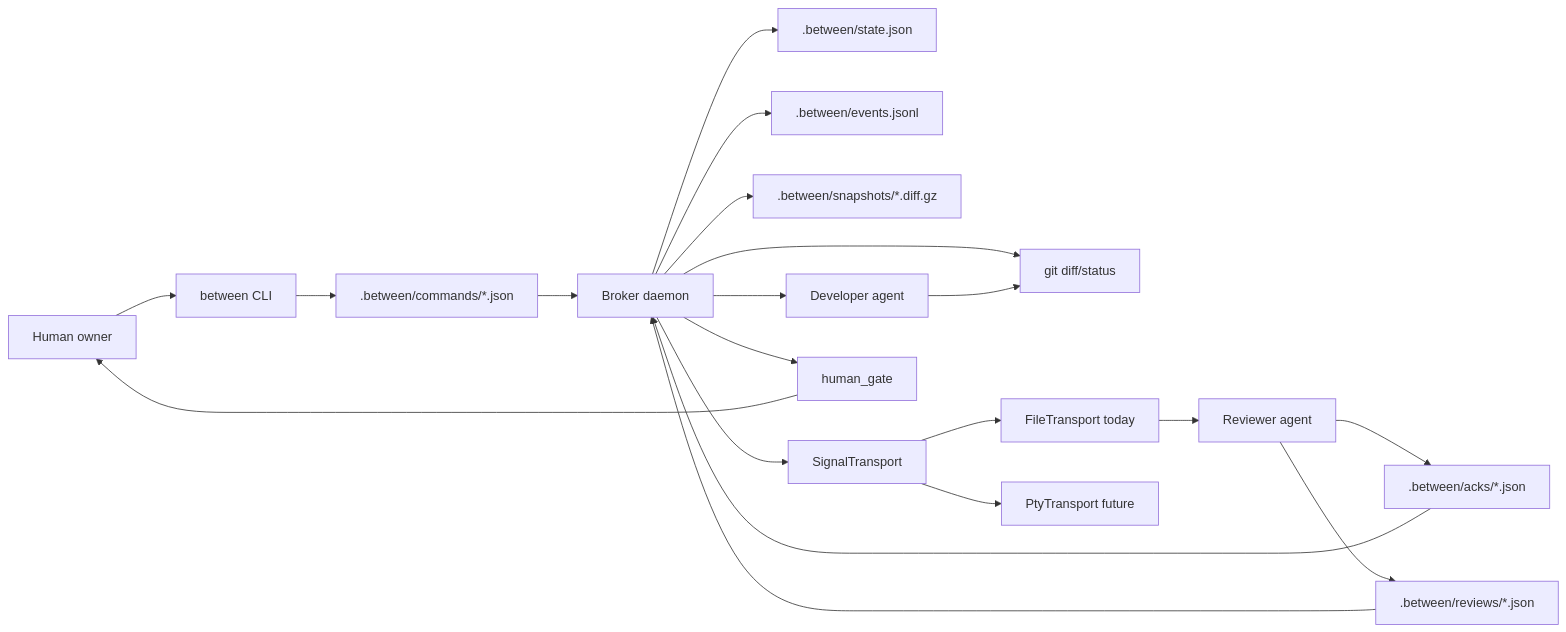
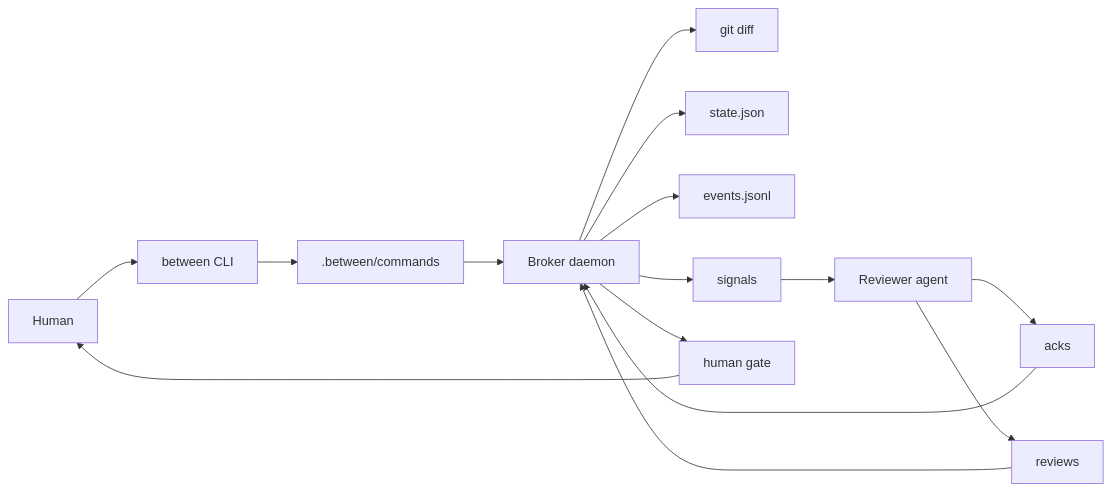
Before and after one commit to ashmoonori-afk/between: the diagram in README.md, drawn with Mermaid. The commit also changed other lines of this file and 25 other files, not shown here.

Commit message:
feat(embed): live agent terminal embedding (AgentHost/Pipe/Pty hosts, OneShot/Pty transports, EmbeddedDashboard, fake-agent, start --embed) + fix CI (regenerate lockfile so npm ci syncs, add lint to CI, best-effort test cleanup)

````diff
--- a/README.md
+++ b/README.md
@@ -152,22 +210,17 @@
 ```mermaid
 flowchart LR
-    Human["Human owner"] --> CLI["between CLI"]
-    CLI --> Commands[".between/commands/*.json"]
+    Human["Human"] --> CLI["between CLI"]
+    CLI --> Commands[".between/commands"]
     Commands --> Daemon["Broker daemon"]
-    Daemon --> Git["git diff/status"]
-    Daemon --> State[".between/state.json"]
-    Daemon --> Events[".between/events.jsonl"]
-    Daemon --> Snapshots[".between/snapshots/*.diff.gz"]
-    Daemon --> Signals["SignalTransport"]
-    Signals --> FileTransport["FileTransport today"]
-    Signals --> PtyTransport["PtyTransport future"]
-    FileTransport --> Reviewer["Reviewer agent"]
-    Reviewer --> Acks[".between/acks/*.json"]
-    Reviewer --> Reviews[".between/reviews/*.json"]
+    Daemon --> Git["git diff"]
+    Daemon --> State["state.json"]
+    Daemon --> Events["events.jsonl"]
+    Daemon --> Signals["signals"]
+    Signals --> Reviewer["Reviewer agent"]
+    Reviewer --> Acks["acks"]
+    Reviewer --> Reviews["reviews"]
     Reviews --> Daemon
     Acks --> Daemon
-    Daemon --> Developer["Developer agent"]
-    Developer --> Git
-    Daemon --> Gate["human_gate"]
+    Daemon --> Gate["human gate"]
     Gate --> Human
 ```
````
